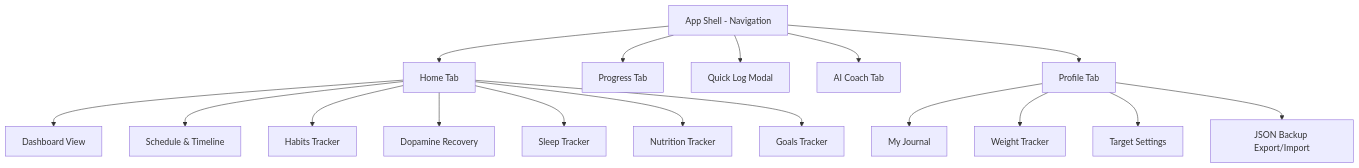
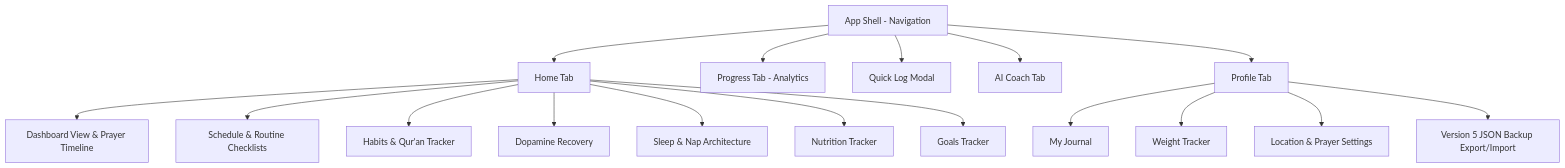
The diagram in APP_DOCUMENTATION.md (Hacker-Ali-DK/SigmaOS), drawn with Mermaid before and after one commit. The commit also changed other lines of this file, not shown here.

Commit message:
docs: update APP_DOCUMENTATION.md with Phase 1, Phase 2, and Phase 3 architecture and technical specifications

````diff
--- a/APP_DOCUMENTATION.md
+++ b/APP_DOCUMENTATION.md
@@ -23,21 +24,21 @@
 ```mermaid
 graph TD
     AppShell[App Shell - Navigation] --> HomeTab[Home Tab]
-    AppShell --> ProgressTab[Progress Tab]
+    AppShell --> ProgressTab[Progress Tab - Analytics]
     AppShell --> AddTab[Quick Log Modal]
     AppShell --> CoachTab[AI Coach Tab]
     AppShell --> ProfileTab[Profile Tab]
     
-    HomeTab --> DashboardView[Dashboard View]
-    HomeTab --> ScheduleView[Schedule & Timeline]
-    HomeTab --> HabitsView[Habits Tracker]
+    HomeTab --> DashboardView[Dashboard View & Prayer Timeline]
+    HomeTab --> ScheduleView[Schedule & Routine Checklists]
+    HomeTab --> HabitsView[Habits & Qur'an Tracker]
     HomeTab --> DopamineView[Dopamine Recovery]
-    HomeTab --> SleepView[Sleep Tracker]
+    HomeTab --> SleepView[Sleep & Nap Architecture]
     HomeTab --> NutritionView[Nutrition Tracker]
     HomeTab --> GoalsView[Goals Tracker]
     
     ProfileTab --> JournalSub[My Journal]
     ProfileTab --> WeightSub[Weight Tracker]
-    ProfileTab --> SettingsSub[Target Settings]
-    ProfileTab --> BackupSub[JSON Backup Export/Import]
+    ProfileTab --> SettingsSub[Location & Prayer Settings]
+    ProfileTab --> BackupSub[Version 5 JSON Backup Export/Import]
 ```
````
